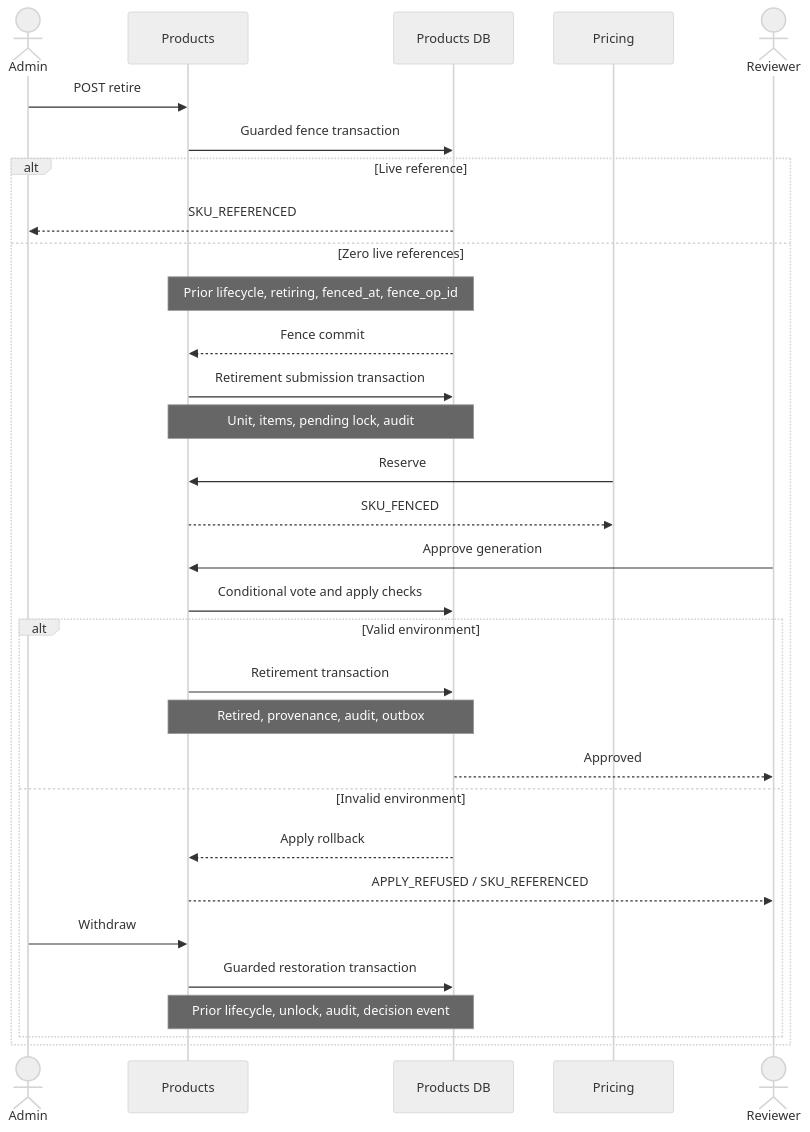
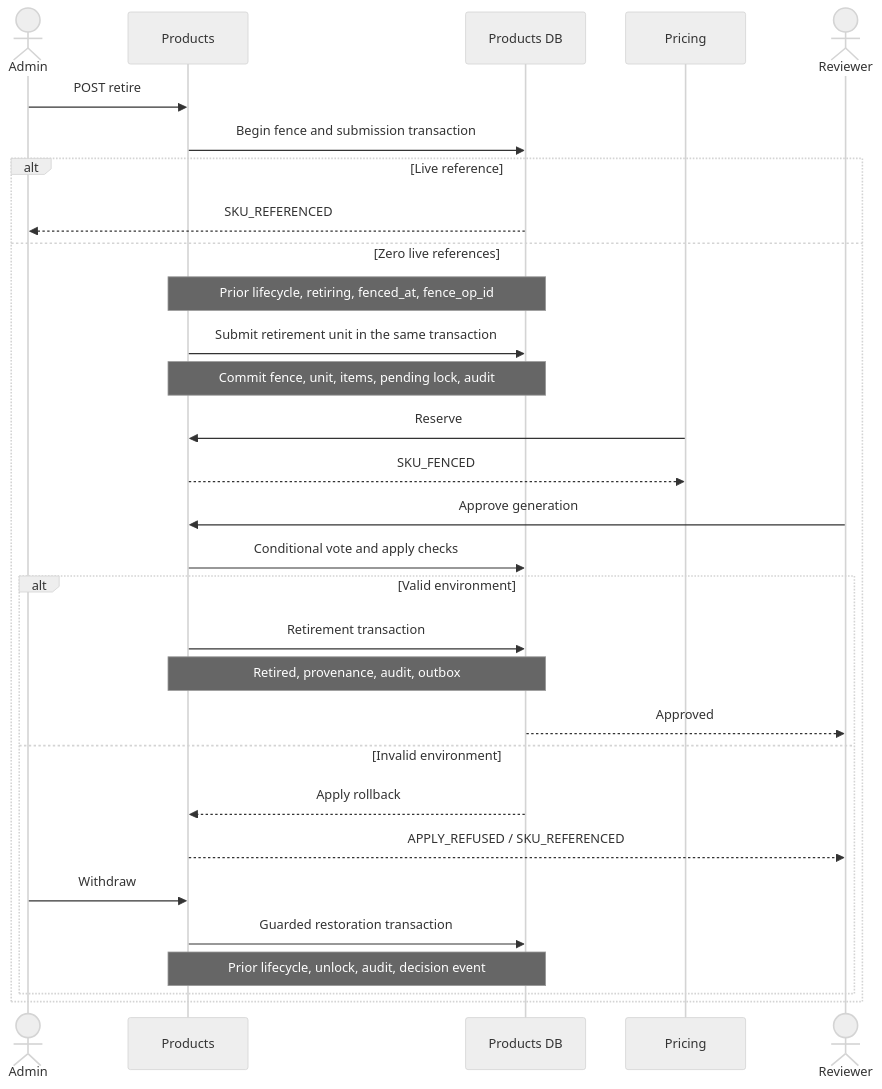
Before and after one commit to diffora/gears-rust: the fourth of 6 diagrams in gears/bss/products/docs/DESIGN.md, drawn with Mermaid (neutral theme). The commit also changed other lines of this file and 9 other files, not shown here.

````diff
--- a/gears/bss/products/docs/DESIGN.md
+++ b/gears/bss/products/docs/DESIGN.md
@@ -424,33 +426,32 @@
 ```mermaid
 sequenceDiagram
     actor Admin
     participant Products
     participant DB as Products DB
     participant Pricing
     actor Reviewer
     Admin->>Products: POST retire
-    Products->>DB: Guarded fence transaction
+    Products->>DB: Begin fence and submission transaction
     alt Live reference
         DB-->>Admin: SKU_REFERENCED
     else Zero live references
         Note over Products,DB: Prior lifecycle, retiring, fenced_at, fence_op_id
-        DB-->>Products: Fence commit
-        Products->>DB: Retirement submission transaction
-        Note over Products,DB: Unit, items, pending lock, audit
+        Products->>DB: Submit retirement unit in the same transaction
+        Note over Products,DB: Commit fence, unit, items, pending lock, audit
         Pricing->>Products: Reserve
         Products-->>Pricing: SKU_FENCED
         Reviewer->>Products: Approve generation
         Products->>DB: Conditional vote and apply checks
         alt Valid environment
             Products->>DB: Retirement transaction
             Note over Products,DB: Retired, provenance, audit, outbox
             DB-->>Reviewer: Approved
         else Invalid environment
             DB-->>Products: Apply rollback
             Products-->>Reviewer: APPLY_REFUSED / SKU_REFERENCED
             Admin->>Products: Withdraw
             Products->>DB: Guarded restoration transaction
             Note over Products,DB: Prior lifecycle, unlock, audit, decision event
         end
     end
 ```
````
